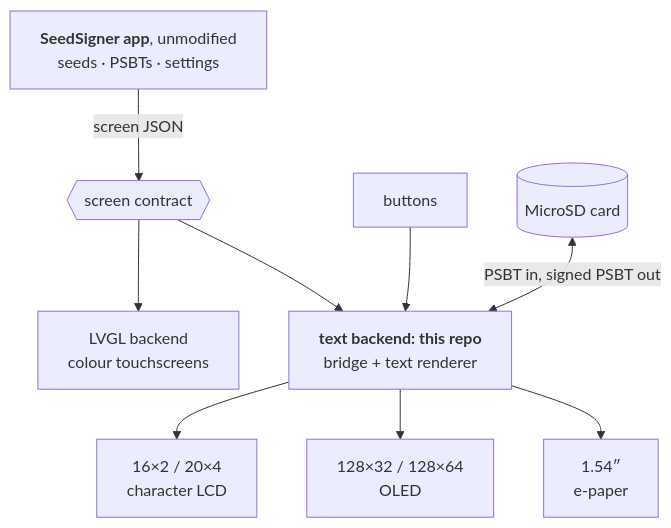
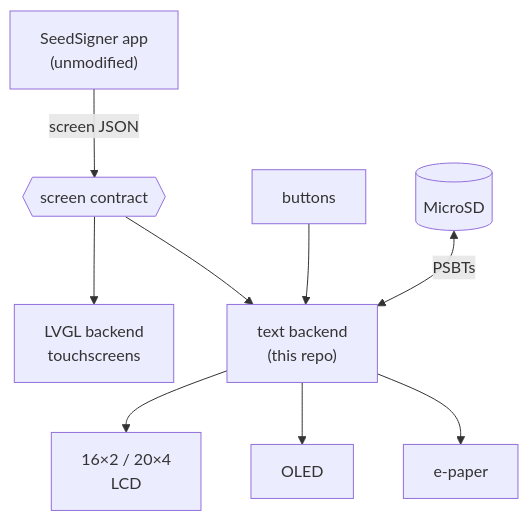
The diagram in README.md (aphrodoe/seedsigner-constrained-ui-runner), drawn with Mermaid before and after one commit. The commit also changed other lines of this file and 7 other files, not shown here.

First line of the commit message:
docs(readme): screens as LCD images, a diagram that doesn't clip

````diff
--- a/README.md
+++ b/README.md
@@ -30,12 +30,12 @@
 ```mermaid
 flowchart TD
-    V["<b>SeedSigner app</b>, unmodified<br/>seeds · PSBTs · settings"]
+    V["SeedSigner app<br/>(unmodified)"]
     V -- "screen JSON" --> C{{"screen contract"}}
-    C --> L["LVGL backend<br/>colour touchscreens"]
-    C --> B["<b>text backend: this repo</b><br/>bridge + text renderer"]
+    C --> L["LVGL backend<br/>touchscreens"]
+    C --> B["text backend<br/>(this repo)"]
     K["buttons"] --> B
-    SD[("MicroSD card")] <-- "PSBT in, signed PSBT out" --> B
-    B --> D1["16×2 / 20×4<br/>character LCD"]
-    B --> D2["128×32 / 128×64<br/>OLED"]
-    B --> D3["1.54″<br/>e-paper"]
+    SD[("MicroSD")] <-- "PSBTs" --> B
+    B --> D1["16×2 / 20×4<br/>LCD"]
+    B --> D2["OLED"]
+    B --> D3["e-paper"]
 ```
````
